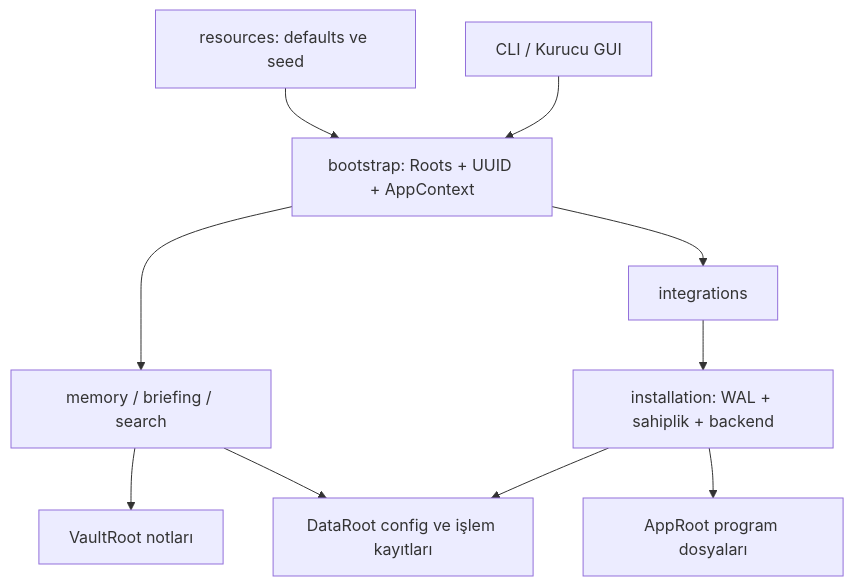
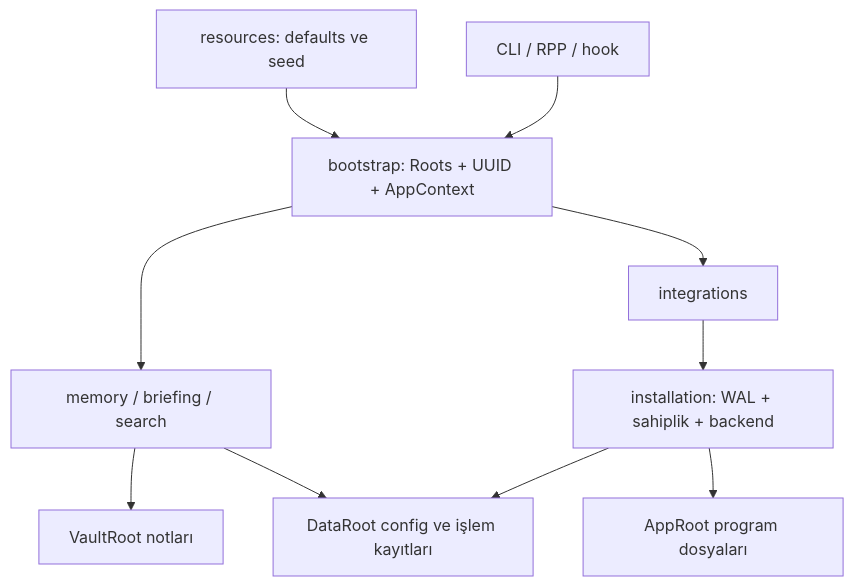
The diagram in docs/ARCHITECTURE.md (respected0/respected-brain), drawn with Mermaid before and after one commit. The commit also changed other lines of this file and 43 other files, not shown here.

````diff
--- a/docs/ARCHITECTURE.md
+++ b/docs/ARCHITECTURE.md
@@ -40,12 +42,12 @@
 ```mermaid
 flowchart TD
-    CLI[CLI / Kurucu GUI] --> BOOT[bootstrap: Roots + UUID + AppContext]
+    CLI[CLI / RPP / hook] --> BOOT[bootstrap: Roots + UUID + AppContext]
     BOOT --> FEAT[memory / briefing / search]
     BOOT --> INT[integrations]
     INT --> TX[installation: WAL + sahiplik + backend]
     TX --> APP[AppRoot program dosyaları]
     TX --> DATA[DataRoot config ve işlem kayıtları]
     FEAT --> DATA
     FEAT --> VAULT[VaultRoot notları]
     RES[resources: defaults ve seed] --> BOOT
 ```
````
